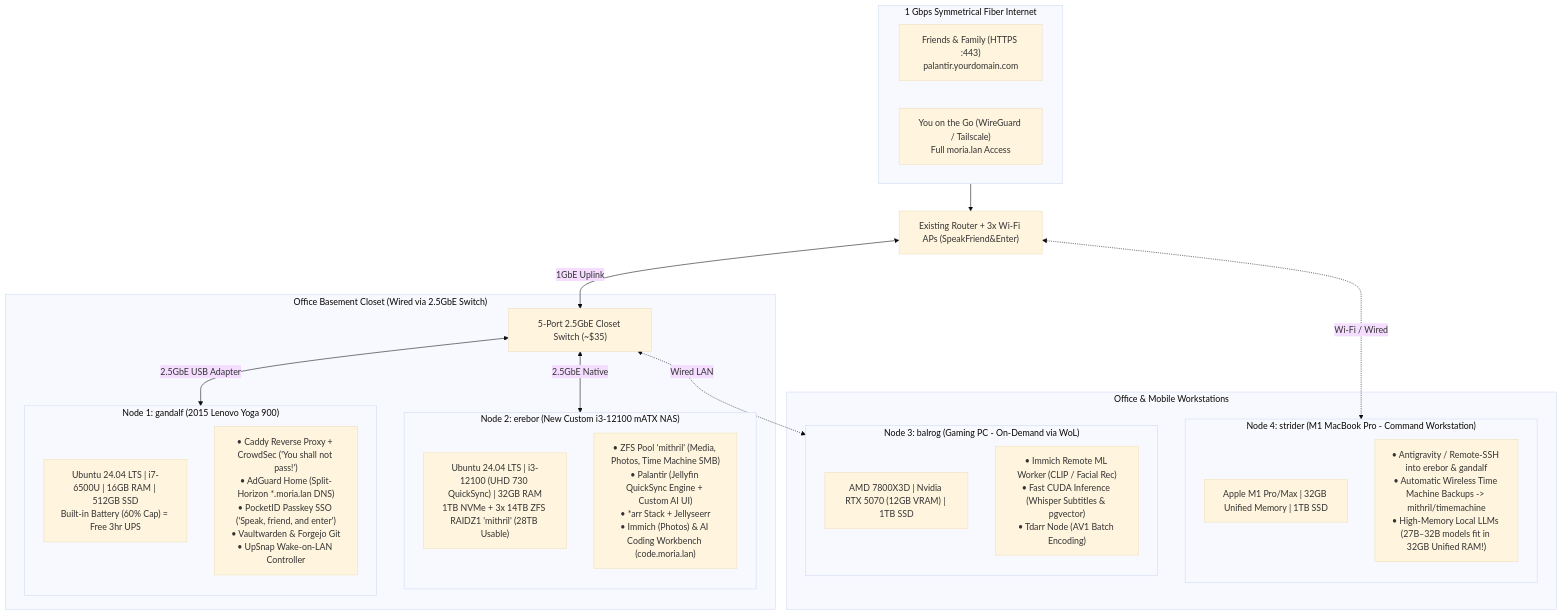
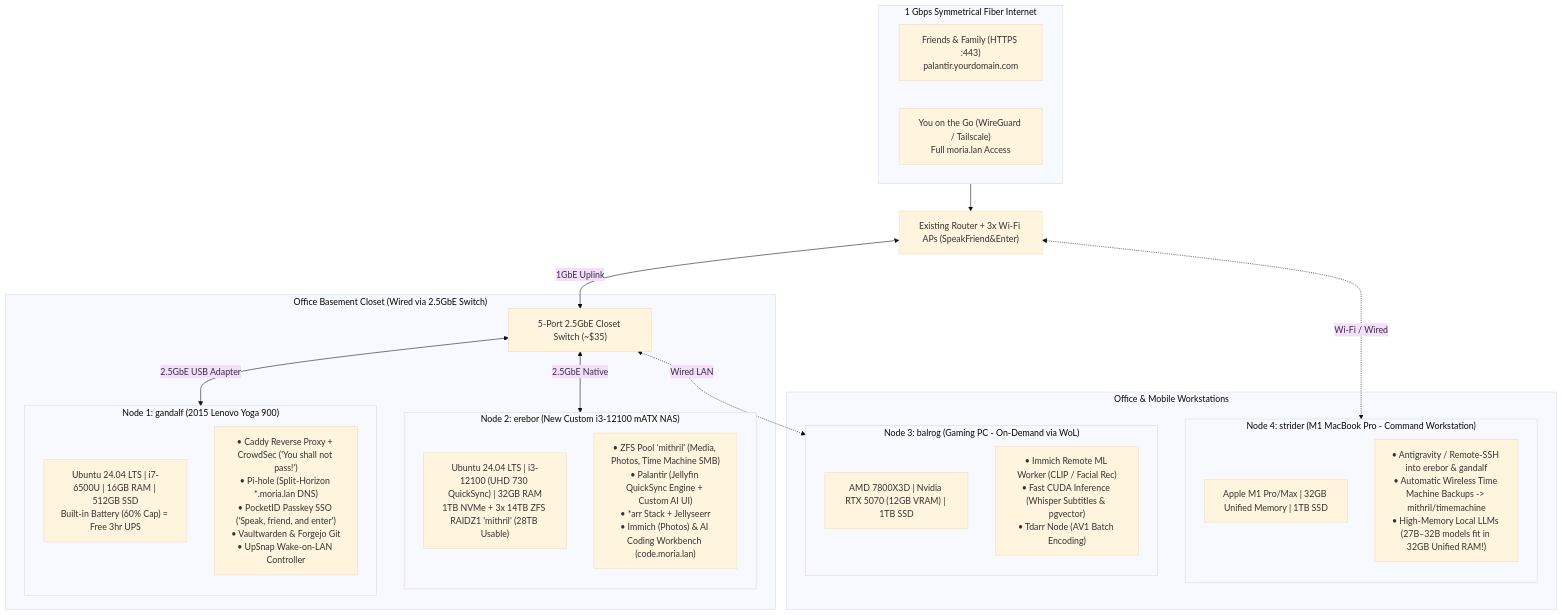
Before and after one commit to RichardOlpin/moria-homelab: the first of 5 diagrams in docs/ARCHITECTURE.md, drawn with Mermaid (base theme). The commit also changed other lines of this file and 6 other files, not shown here.

Commit message:
feat(dns): replace adguard with pi-hole on gandalf edge node

````diff
--- a/docs/ARCHITECTURE.md
+++ b/docs/ARCHITECTURE.md
@@ -7,46 +7,46 @@
 ```mermaid
 flowchart TB
     subgraph Internet["1 Gbps Symmetrical Fiber Internet"]
         Public["Friends & Family (HTTPS :443)<br/>palantir.yourdomain.com"]
         Admin["You on the Go (WireGuard / Tailscale)<br/>Full moria.lan Access"]
     end
 
     Router["Existing Router + 3x Wi-Fi APs (SpeakFriend&Enter)"]
     Internet --> Router
 
     subgraph Closet["Office Basement Closet (Wired via 2.5GbE Switch)"]
         Switch["5-Port 2.5GbE Closet Switch (~$35)"]
         
         subgraph Yoga["Node 1: gandalf (2015 Lenovo Yoga 900)"]
             direction TB
             YSpecs["Ubuntu 24.04 LTS | i7-6500U | 16GB RAM | 512GB SSD<br/>Built-in Battery (60% Cap) = Free 3hr UPS"]
-            YApps["• Caddy Reverse Proxy + CrowdSec ('You shall not pass!')<br/>• AdGuard Home (Split-Horizon *.moria.lan DNS)<br/>• PocketID Passkey SSO ('Speak, friend, and enter')<br/>• Vaultwarden & Forgejo Git<br/>• UpSnap Wake-on-LAN Controller"]
+            YApps["• Caddy Reverse Proxy + CrowdSec ('You shall not pass!')<br/>• Pi-hole (Split-Horizon *.moria.lan DNS)<br/>• PocketID Passkey SSO ('Speak, friend, and enter')<br/>• Vaultwarden & Forgejo Git<br/>• UpSnap Wake-on-LAN Controller"]
         end
 
         subgraph NAS["Node 2: erebor (New Custom i3-12100 mATX NAS)"]
             direction TB
             NSpecs["Ubuntu 24.04 LTS | i3-12100 (UHD 730 QuickSync) | 32GB RAM<br/>1TB NVMe + 3x 14TB ZFS RAIDZ1 'mithril' (28TB Usable)"]
             NApps["• ZFS Pool 'mithril' (Media, Photos, Time Machine SMB)<br/>• Palantir (Jellyfin QuickSync Engine + Custom AI UI)<br/>• *arr Stack + Jellyseerr<br/>• Immich (Photos) & AI Coding Workbench (code.moria.lan)"]
         end
     end
 
     subgraph Office["Office & Mobile Workstations"]
         subgraph Gaming["Node 3: balrog (Gaming PC - On-Demand via WoL)"]
             direction TB
             GSpecs["AMD 7800X3D | Nvidia RTX 5070 (12GB VRAM) | 1TB SSD"]
             GApps["• Immich Remote ML Worker (CLIP / Facial Rec)<br/>• Fast CUDA Inference (Whisper Subtitles & pgvector)<br/>• Tdarr Node (AV1 Batch Encoding)"]
         end
 
         subgraph MacBook["Node 4: strider (M1 MacBook Pro - Command Workstation)"]
             direction TB
             MSpecs["Apple M1 Pro/Max | 32GB Unified Memory | 1TB SSD"]
             MApps["• Antigravity / Remote-SSH into erebor & gandalf<br/>• Automatic Wireless Time Machine Backups -> mithril/timemachine<br/>• High-Memory Local LLMs (27B–32B models fit in 32GB Unified RAM!)"]
         end
     end
 
     Router <-->|1GbE Uplink| Switch
     Switch <-->|2.5GbE USB Adapter| Yoga
     Switch <-->|2.5GbE Native| NAS
     Switch <-.->|Wired LAN| Gaming
     Router <-.->|Wi-Fi / Wired| MacBook
 ```
````
